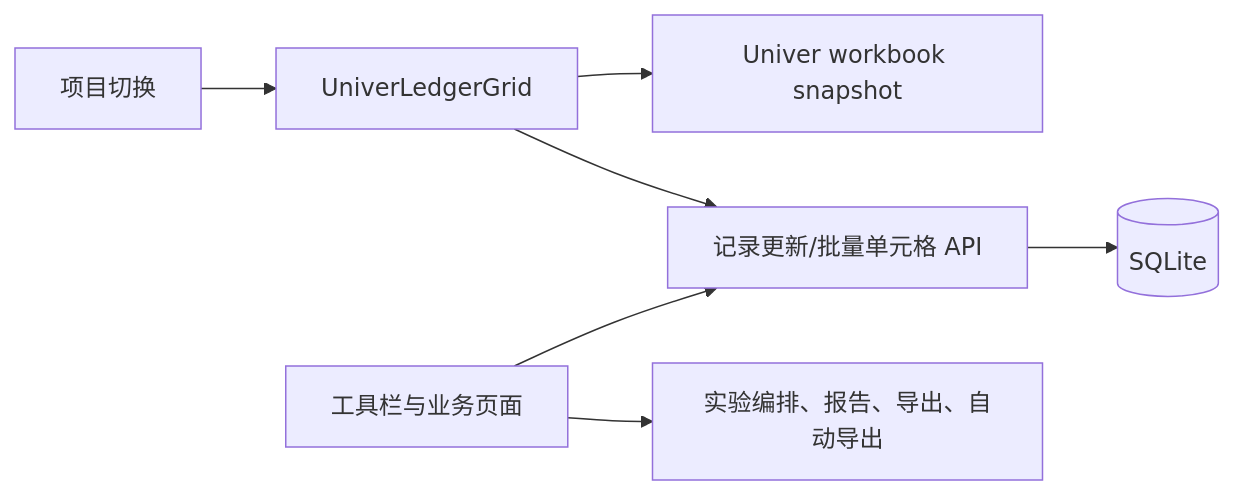
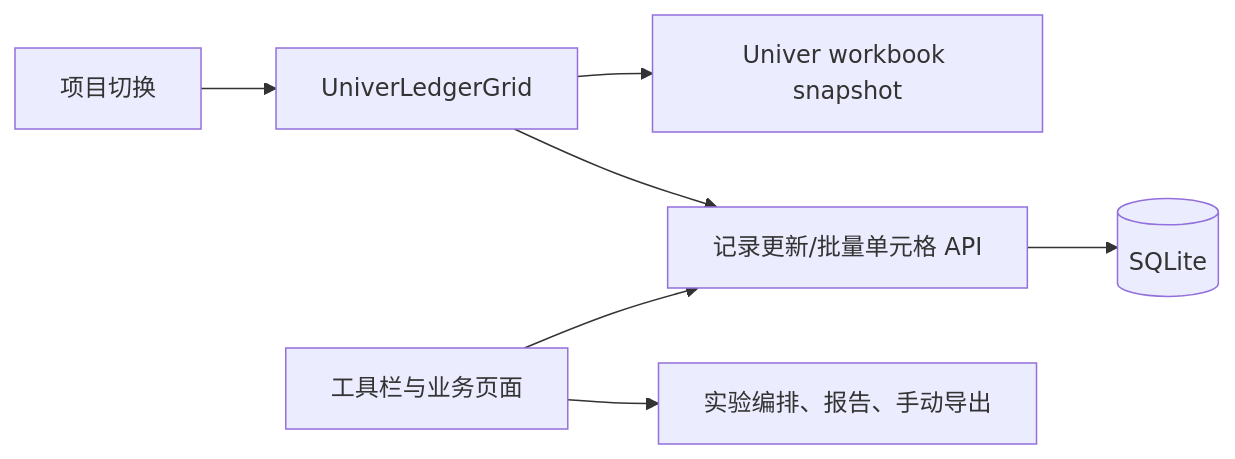
Before and after one commit to omentwo/GeneLabLedger: the second of 2 diagrams in docs/univer/architecture.md, drawn with Mermaid. The commit also changed other lines of this file and 51 other files, not shown here.

````diff
--- a/docs/univer/architecture.md
+++ b/docs/univer/architecture.md
@@ -18,9 +17,9 @@
 ```mermaid
 flowchart LR
   P[项目切换] --> W[UniverLedgerGrid]
   W --> S[Univer workbook snapshot]
   W --> R[记录更新/批量单元格 API]
   R --> DB[(SQLite)]
   T[工具栏与业务页面] --> R
-  T --> X[实验编排、报告、导出、自动导出]
+  T --> X[实验编排、报告、手动导出]
 ```
````
